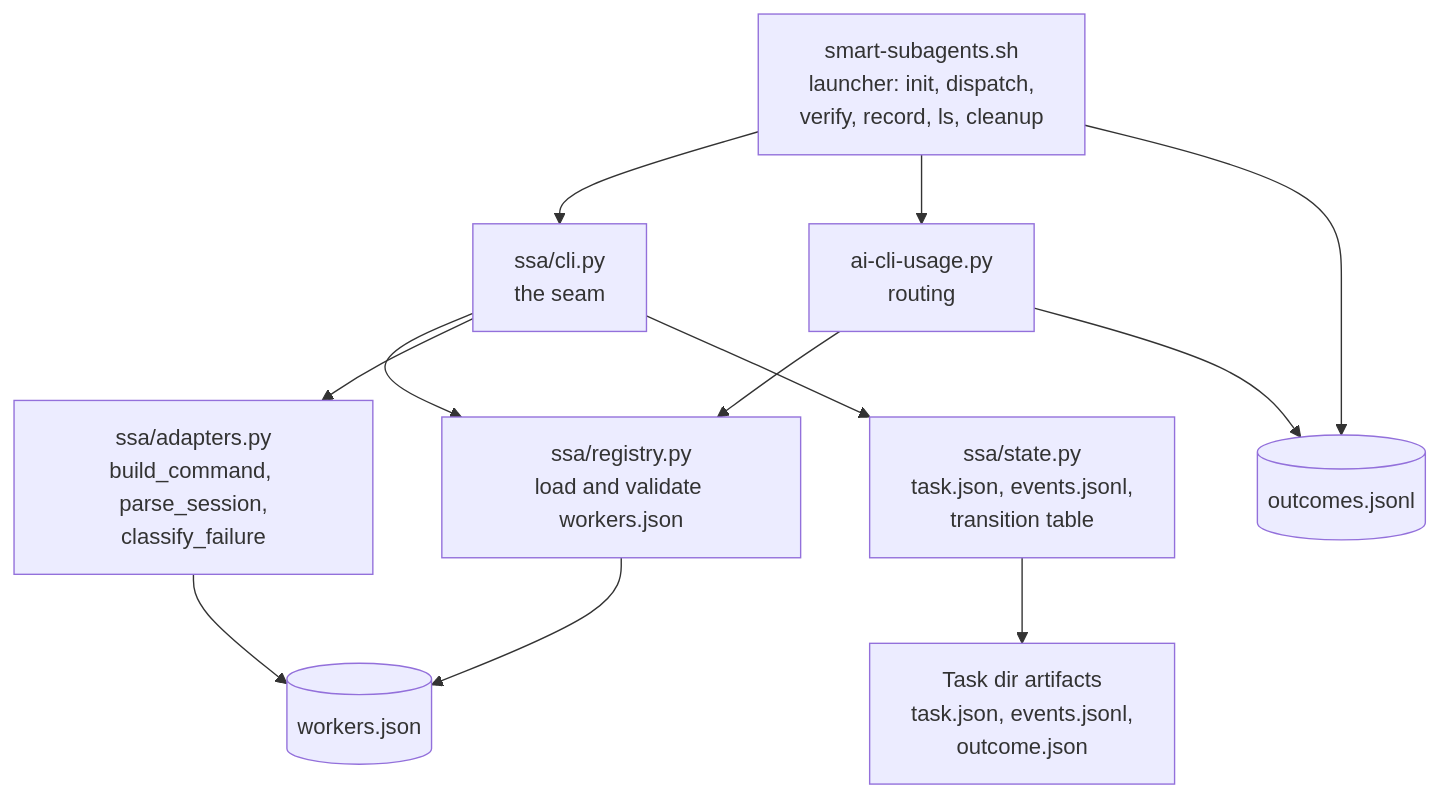
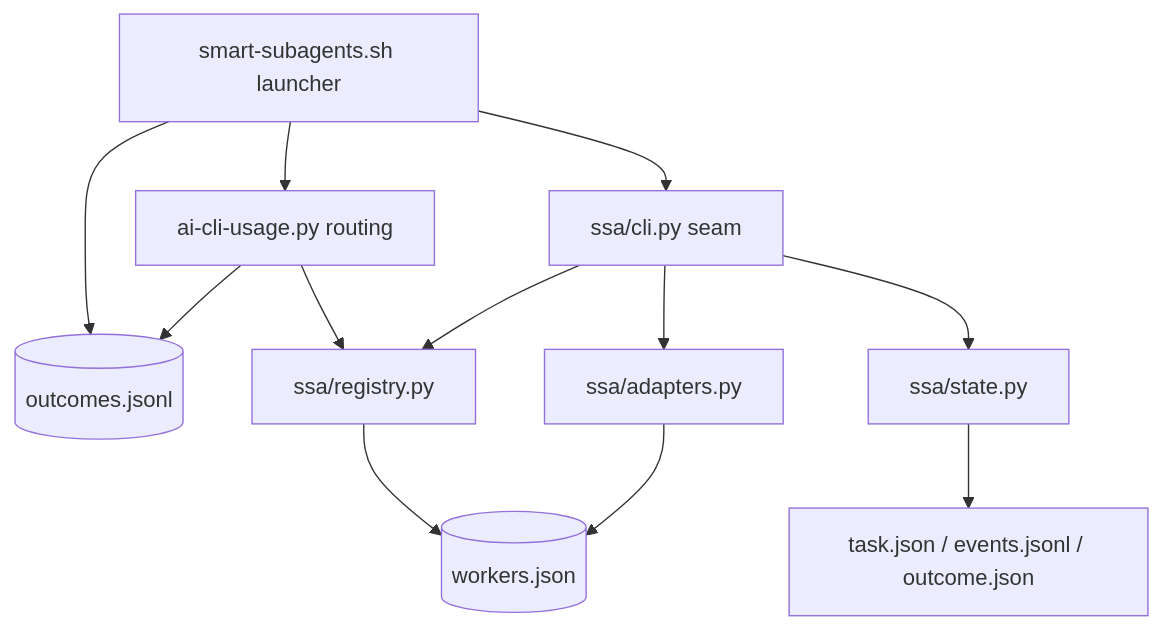
One commit to m-esm/smart-subagents changed the first of 2 diagrams in docs/ARCHITECTURE.md. Above: the diagram before and after it, drawn with Mermaid. The commit also changed other lines of this file and 4 other files, not shown here.

Commit message:
Fix mermaid charts: staged layouts instead of crossing edges

````diff
--- a/docs/ARCHITECTURE.md
+++ b/docs/ARCHITECTURE.md
@@ -7,14 +7,15 @@
 ```mermaid
-flowchart TD
-    SH[smart-subagents.sh<br/>launcher: init, dispatch,<br/>verify, record, ls, cleanup] --> CLI[ssa/cli.py<br/>the seam]
-    CLI --> REG[ssa/registry.py<br/>load and validate workers.json]
-    CLI --> ADAPT[ssa/adapters.py<br/>build_command, parse_session,<br/>classify_failure]
-    CLI --> ST[ssa/state.py<br/>task.json, events.jsonl,<br/>transition table]
+flowchart TB
+    SH[smart-subagents.sh launcher]
+    SH --> CLI[ssa/cli.py seam]
+    SH --> USAGE[ai-cli-usage.py routing]
+    SH --> LEDGER[(outcomes.jsonl)]
+    USAGE --> LEDGER
+    USAGE --> REG[ssa/registry.py]
+    CLI --> REG
+    CLI --> ADAPT[ssa/adapters.py]
+    CLI --> ST[ssa/state.py]
     REG --> WJ[(workers.json)]
     ADAPT --> WJ
-    USAGE[ai-cli-usage.py<br/>routing] --> REG
-    SH --> USAGE
-    ST --> TD[Task dir artifacts<br/>task.json, events.jsonl,<br/>outcome.json]
-    SH --> LEDGER[(outcomes.jsonl)]
-    USAGE --> LEDGER
+    ST --> TD[task.json / events.jsonl / outcome.json]
 ```
````
